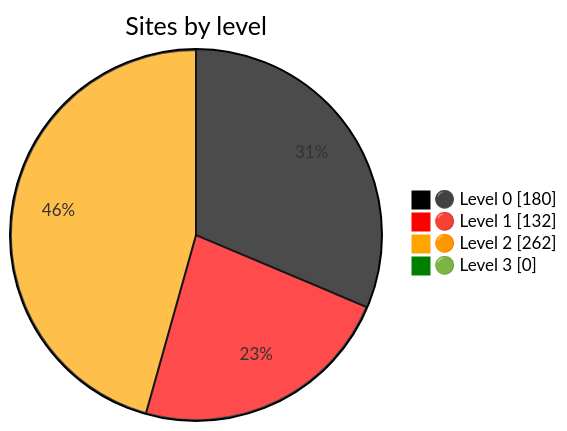
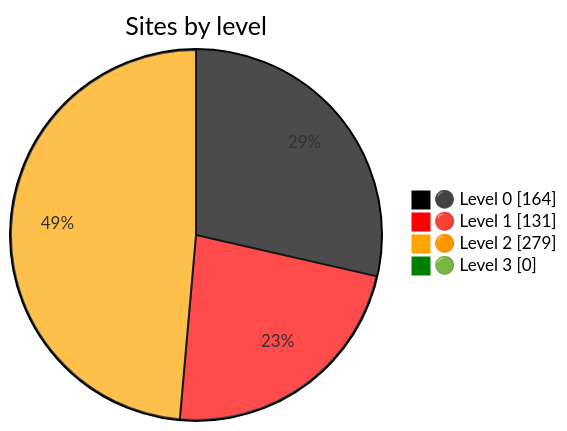
The diagram in README.md (Dushmilan/gov_lk_web_auditor), drawn with Mermaid before and after one commit. The commit also changed other lines of this file and 2622 other files, not shown here.

````diff
--- a/README.md
+++ b/README.md
@@ -24,9 +24,9 @@
 ```mermaid
 %%{init: {"themeVariables":{"pie1":"black","pie2":"red","pie3":"orange","pie4":"green"}}}%%
 pie showData
     title Sites by level
-    "⚫ Level 0" : 180
-    "🔴 Level 1" : 132
-    "🟠 Level 2" : 262
+    "⚫ Level 0" : 164
+    "🔴 Level 1" : 131
+    "🟠 Level 2" : 279
     "🟢 Level 3" : 0
 ```
````
